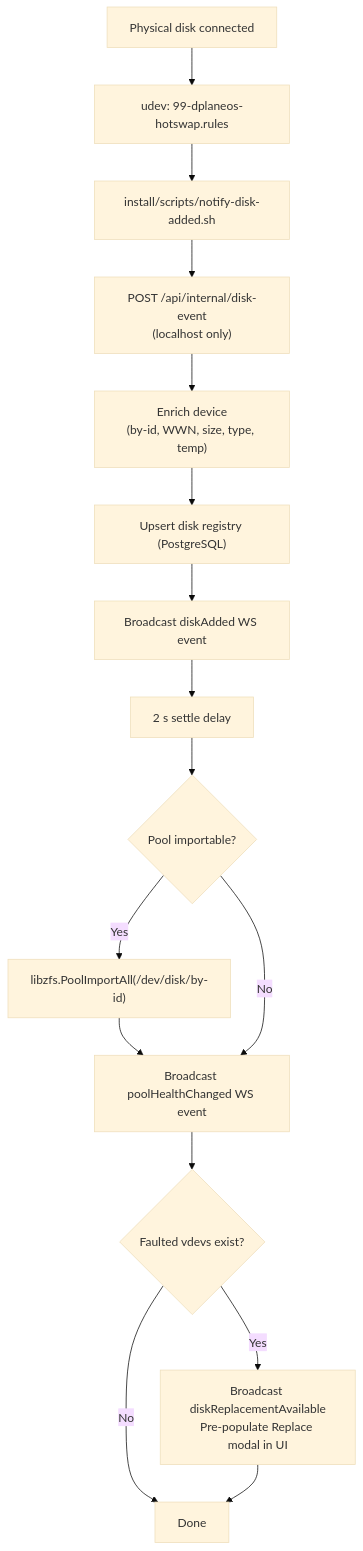
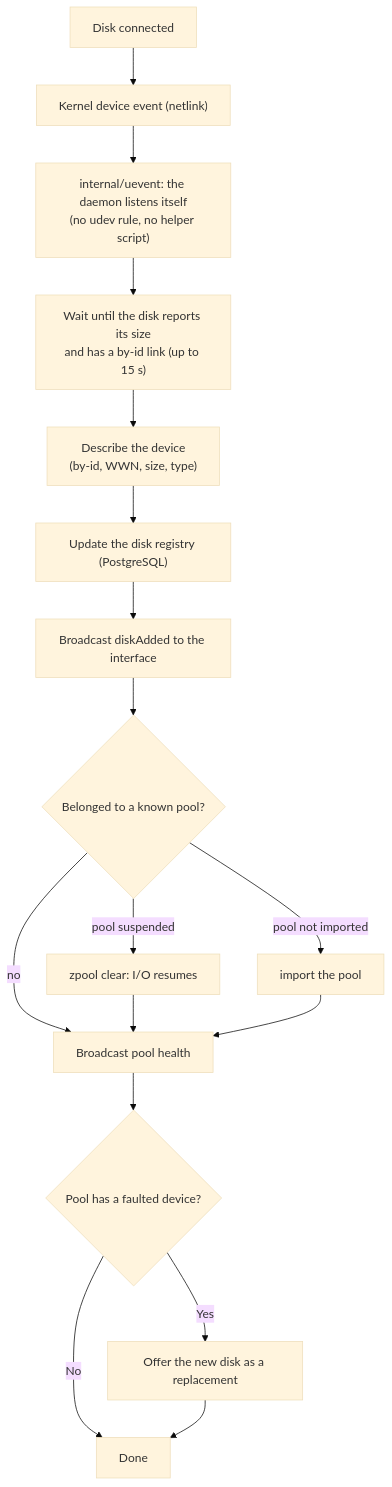
The fourth of 7 diagrams in docs/development/CODEBASE-DIAGRAM.md (4nonX/DPlaneOS), drawn with Mermaid before and after one commit. The commit also changed other lines of this file and 7 other files, not shown here.

First line of the commit message:
Tests under the race detector; docs: dependencies, hardware, diagrams

````diff
--- a/docs/development/CODEBASE-DIAGRAM.md
+++ b/docs/development/CODEBASE-DIAGRAM.md
@@ -126,19 +151,20 @@
 ```mermaid
 %%{init: {'theme':'base'}}%%
 flowchart TD
-    A["Physical disk connected"] --> B["udev: 99-dplaneos-hotswap.rules"]
-    B --> C["install/scripts/notify-disk-added.sh"]
-    C --> D["POST /api/internal/disk-event\n(localhost only)"]
-    D --> E["Enrich device\n(by-id, WWN, size, type, temp)"]
-    E --> F["Upsert disk registry (PostgreSQL)"]
-    F --> G["Broadcast diskAdded WS event"]
-    G --> H["2 s settle delay"]
-    H --> I{"Pool importable?"}
-    I -->|Yes| J["libzfs.PoolImportAll(/dev/disk/by-id)"]
-    J --> K["Broadcast poolHealthChanged WS event"]
-    I -->|No| K
-    K --> L{"Faulted vdevs exist?"}
-    L -->|Yes| M["Broadcast diskReplacementAvailable\nPre-populate Replace modal in UI"]
+    A["Disk connected"] --> B["Kernel device event (netlink)"]
+    B --> C["internal/uevent: the daemon listens itself\n(no udev rule, no helper script)"]
+    C --> D["Wait until the disk reports its size\nand has a by-id link (up to 15 s)"]
+    D --> E["Describe the device\n(by-id, WWN, size, type)"]
+    E --> F["Update the disk registry (PostgreSQL)"]
+    F --> G["Broadcast diskAdded to the interface"]
+    G --> I{"Belonged to a known pool?"}
+    I -->|"pool suspended"| J1["zpool clear: I/O resumes"]
+    I -->|"pool not imported"| J2["import the pool"]
+    I -->|"no"| K
+    J1 --> K["Broadcast pool health"]
+    J2 --> K
+    K --> L{"Pool has a faulted device?"}
+    L -->|Yes| M["Offer the new disk as a replacement"]
     L -->|No| N["Done"]
     M --> N
 ```
````
